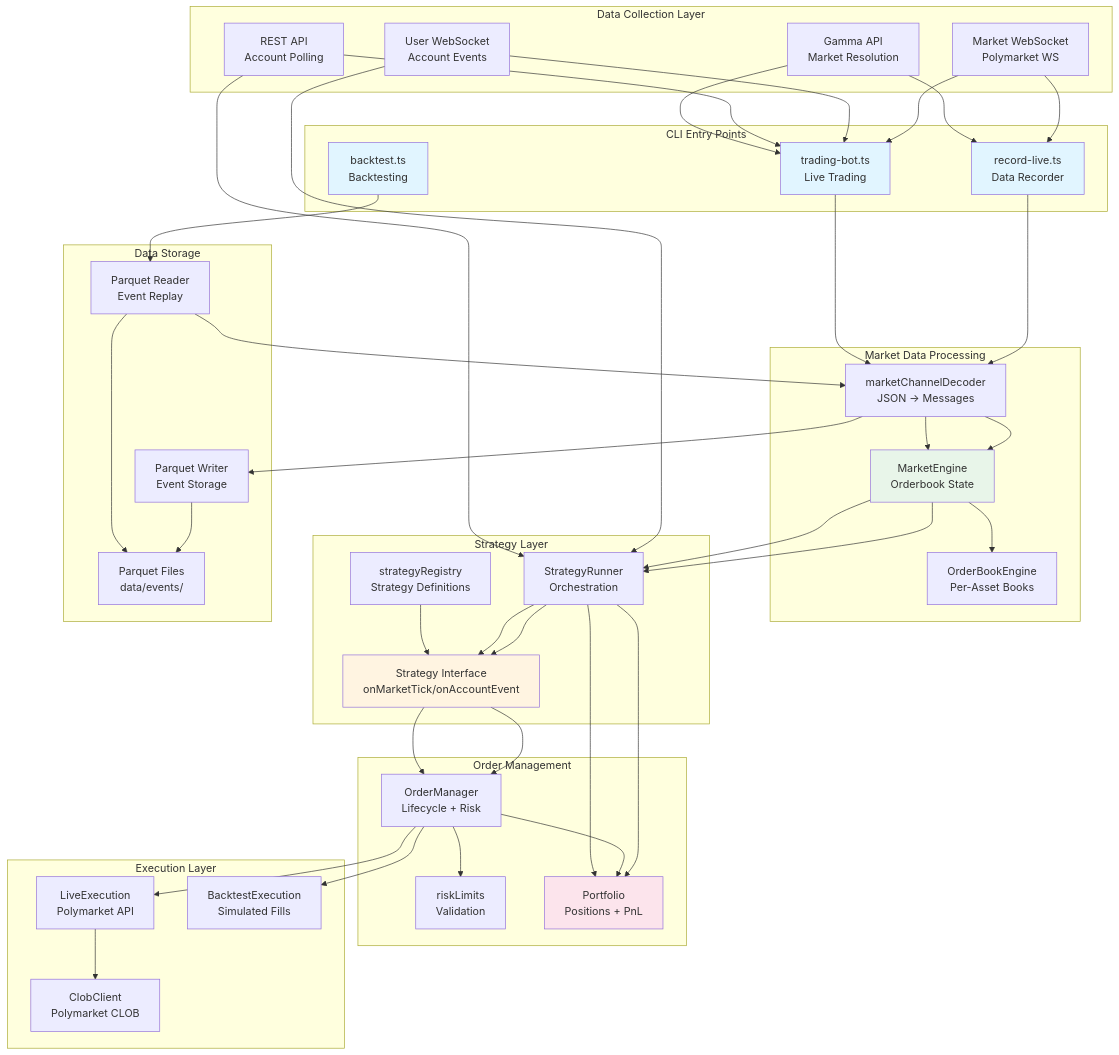
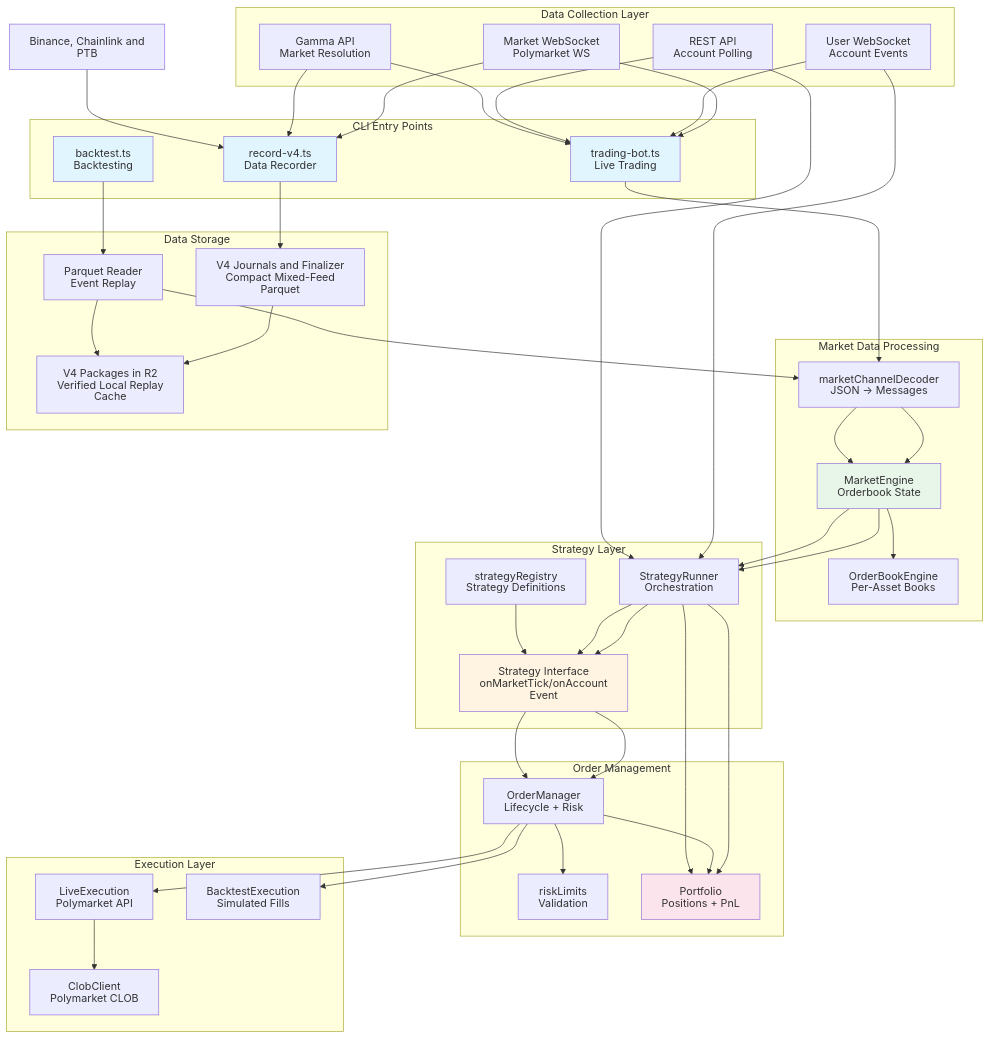
Before and after one commit to ivanmijatovic89/polymarket-bot: the first of 6 diagrams in docs/other/ARCHITECTURE_DIAGRAMS.md, drawn with Mermaid. The commit also changed other lines of this file and 31 other files, not shown here.

````diff
--- a/docs/other/ARCHITECTURE_DIAGRAMS.md
+++ b/docs/other/ARCHITECTURE_DIAGRAMS.md
@@ -5,4 +5,5 @@
 ```mermaid
+%%{init: {"htmlLabels": false}}%%
 graph TB
     subgraph "Data Collection Layer"
         WS_Market[Market WebSocket<br/>Polymarket WS]
@@ -12,7 +13,7 @@
     end
 
     subgraph "CLI Entry Points"
-        RecordLive[record-live.ts<br/>Data Recorder]
+        RecorderV4[record-v4.ts<br/>Data Recorder]
         TradingBot[trading-bot.ts<br/>Live Trading]
         Backtest[backtest.ts<br/>Backtesting]
     end
@@ -42,22 +43,22 @@
     end
 
     subgraph "Data Storage"
-        ParquetWriter[Parquet Writer<br/>Event Storage]
+        ParquetWriter[V4 Journals and Finalizer<br/>Compact Mixed-Feed Parquet]
         ParquetReader[Parquet Reader<br/>Event Replay]
-        FileSystem[Parquet Files<br/>data/events/]
+        FileSystem[V4 Packages in R2<br/>Verified Local Replay Cache]
     end
 
     %% Data Collection Flow
-    WS_Market --> RecordLive
+    WS_Market --> RecorderV4
     WS_Market --> TradingBot
     WS_User --> TradingBot
     REST_API --> TradingBot
-    Gamma_API --> RecordLive
+    Gamma_API --> RecorderV4
     Gamma_API --> TradingBot
 
     %% Recording Flow
-    RecordLive --> MarketDecoder
-    MarketDecoder --> ParquetWriter
+    OtherFeeds[Binance, Chainlink and PTB] --> RecorderV4
+    RecorderV4 --> ParquetWriter
     ParquetWriter --> FileSystem
 
     %% Live Trading Flow
@@ -91,7 +92,7 @@
     %% Market Engine Internals
     MarketEngine --> OrderBookEngine
 
-    style RecordLive fill:#e1f5ff
+    style RecorderV4 fill:#e1f5ff
     style TradingBot fill:#e1f5ff
     style Backtest fill:#e1f5ff
     style Strategy fill:#fff4e1
````
